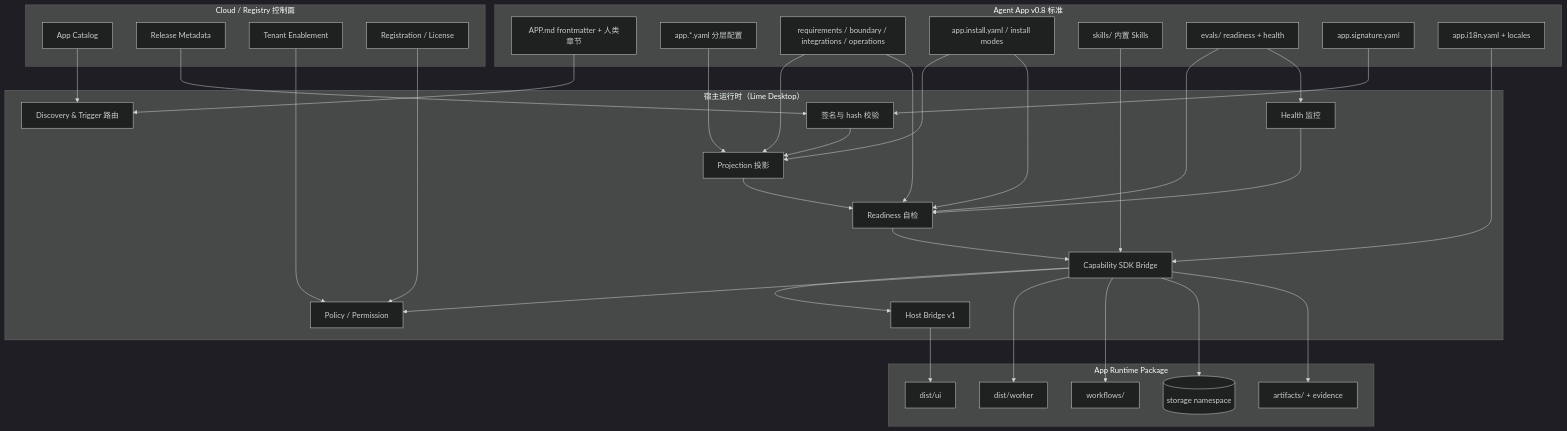
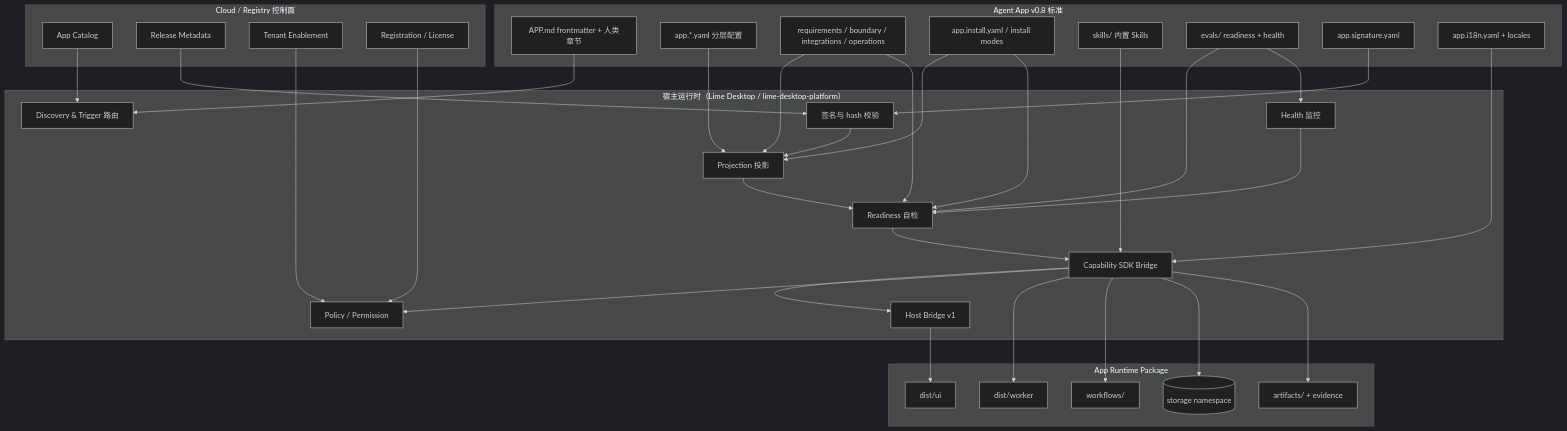
Before and after one commit to limecloud/agentapp: the second of 12 diagrams in docs/zh/architecture.md, drawn with Mermaid (dark theme). The commit also changed other lines of this file and 24 other files, not shown here.

Commit message:
docs: align desktop host conformance

````diff
--- a/docs/zh/architecture.md
+++ b/docs/zh/architecture.md
@@ -37,68 +37,68 @@
 ```mermaid
 flowchart TD
   subgraph Cloud[Cloud / Registry 控制面]
     Catalog[App Catalog]
     Release[Release Metadata]
     Tenant[Tenant Enablement]
     Reg[Registration / License]
   end
 
   subgraph Standard[Agent App v0.8 标准]
     APPMD[APP.md frontmatter + 人类章节]
     LAYERED[app.*.yaml 分层配置]
     BOUNDARY[requirements / boundary / integrations / operations]
     INSTALL[app.install.yaml / install modes]
     SKILLS[skills/ 内置 Skills]
     EVALS[evals/ readiness + health]
     SIG[app.signature.yaml]
     I18N[app.i18n.yaml + locales]
   end
 
-  subgraph Host[宿主运行时（Lime Desktop）]
+  subgraph Host[宿主运行时（Lime Desktop / lime-desktop-platform）]
     Discover[Discovery & Trigger 路由]
     Verify[签名与 hash 校验]
     Project[Projection 投影]
     Readiness[Readiness 自检]
     SDK[Capability SDK Bridge]
     Bridge[Host Bridge v1]
     Policy[Policy / Permission]
     Health[Health 监控]
   end
 
   subgraph Runtime[App Runtime Package]
     UI[dist/ui]
     Worker[dist/worker]
     Workflow[workflows/]
     Storage[(storage namespace)]
     Artifacts[artifacts/ + evidence]
   end
 
   Catalog --> Discover
   Release --> Verify
   Tenant --> Policy
   Reg --> Policy
 
   APPMD --> Discover
   LAYERED --> Project
   BOUNDARY --> Project
   BOUNDARY --> Readiness
   INSTALL --> Project
   INSTALL --> Readiness
   SKILLS --> SDK
   EVALS --> Readiness
   EVALS --> Health
   SIG --> Verify
   I18N --> SDK
 
   Verify --> Project
   Project --> Readiness
   Readiness --> SDK
   SDK --> Bridge
   SDK --> Policy
   Bridge --> UI
   SDK --> Worker
   SDK --> Workflow
   SDK --> Storage
   SDK --> Artifacts
   Health --> Readiness
 ```
````
